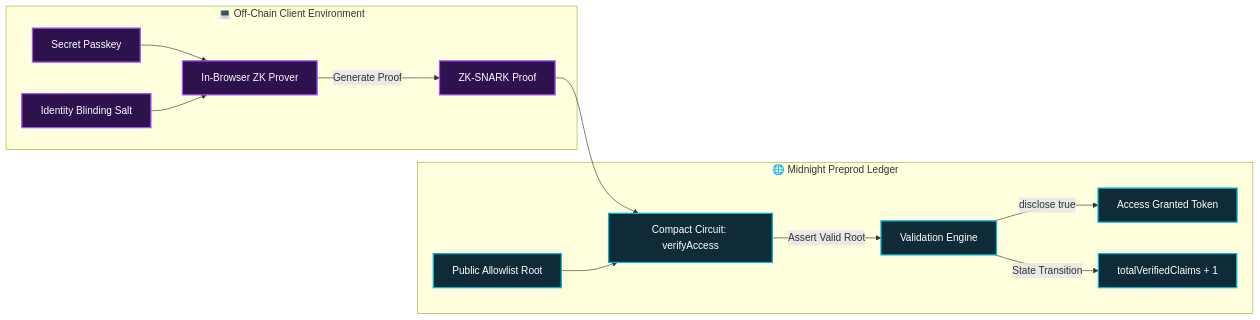
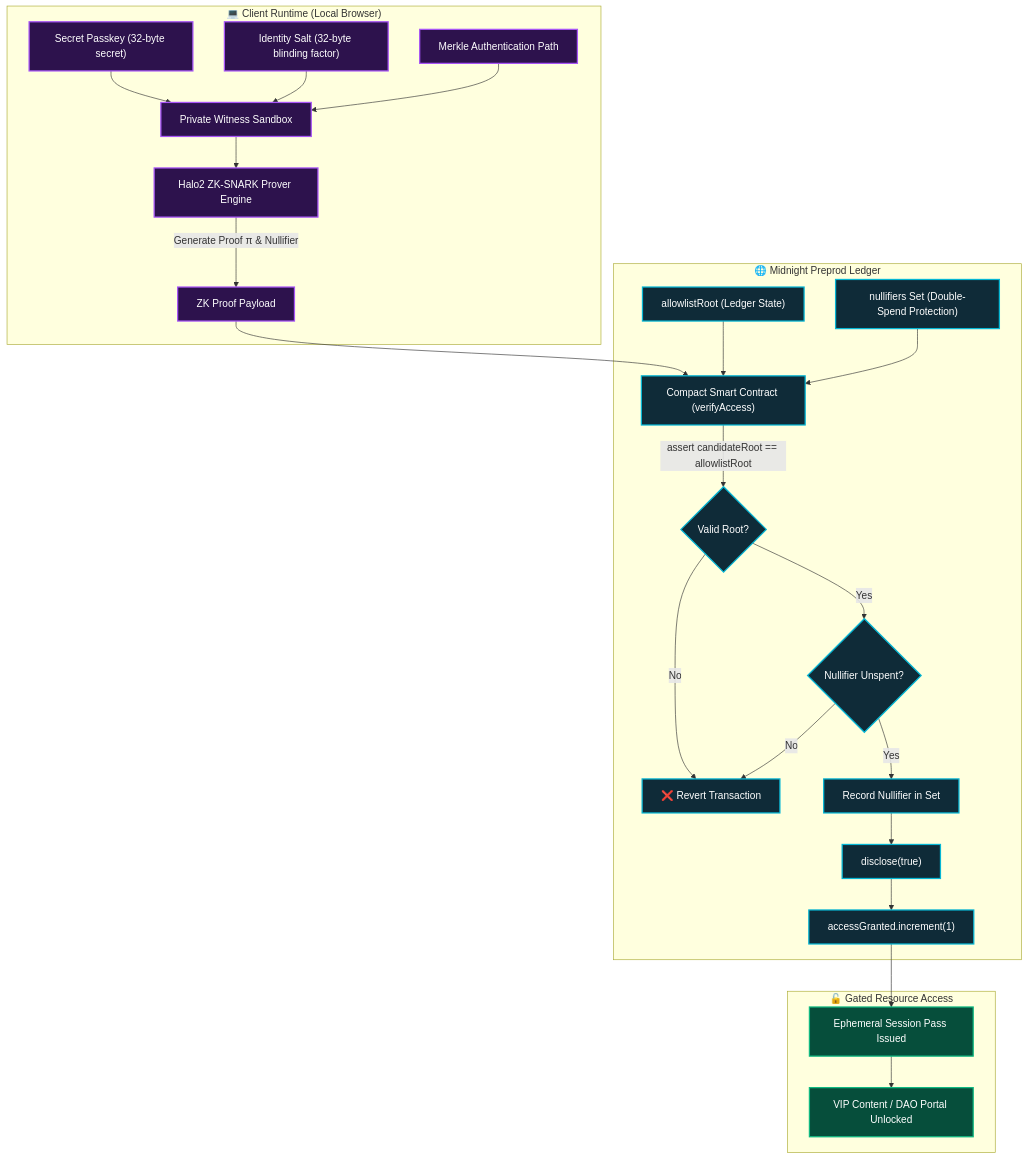
One commit to mausikta05/CipherPass changed the first of 2 diagrams in PROPOSAL.md. Above: the diagram before and after it, drawn with Mermaid. The commit also changed other lines of this file and 5 other files, not shown here.

````diff
--- a/PROPOSAL.md
+++ b/PROPOSAL.md
@@ -44,21 +72,37 @@
 ```mermaid
-flowchart LR
-    subgraph Client [💻 Off-Chain Client Environment]
-        W1[Secret Passkey] --> ZK[In-Browser ZK Prover]
-        W2[Identity Blinding Salt] --> ZK
-        ZK -->|Generate Proof| P[ZK-SNARK Proof]
+flowchart TD
+    subgraph Client ["💻 Client Runtime (Local Browser)"]
+        W1["Secret Passkey (32-byte secret)"] --> WIT["Private Witness Sandbox"]
+        W2["Identity Salt (32-byte blinding factor)"] --> WIT
+        W3["Merkle Authentication Path"] --> WIT
+        WIT --> ZKP["Halo2 ZK-SNARK Prover Engine"]
+        ZKP -->|"Generate Proof π & Nullifier"| PROOF["ZK Proof Payload"]
     end
 
-    subgraph Midnight [🌐 Midnight Preprod Ledger]
-        P --> C[Compact Circuit: verifyAccess]
-        R[Public Allowlist Root] --> C
-        C -->|Assert Valid Root| V[Validation Engine]
-        V -->|disclose true| O[Access Granted Token]
-        V -->|State Transition| S[totalVerifiedClaims + 1]
+    subgraph Ledger ["🌐 Midnight Preprod Ledger"]
+        PROOF --> COMPACT["Compact Smart Contract (verifyAccess)"]
+        ROOT["allowlistRoot (Ledger State)"] --> COMPACT
+        NULLS["nullifiers Set (Double-Spend Protection)"] --> COMPACT
+        
+        COMPACT -->|"assert candidateRoot == allowlistRoot"| V1{"Valid Root?"}
+        V1 -->|No| REJECT["❌ Revert Transaction"]
+        V1 -->|Yes| V2{"Nullifier Unspent?"}
+        V2 -->|No| REJECT
+        V2 -->|Yes| COMMIT["Record Nullifier in Set"]
+        
+        COMMIT --> DISCLOSE["disclose(true)"]
+        DISCLOSE --> COUNTER["accessGranted.increment(1)"]
+    end
+
+    subgraph Portal ["🔓 Gated Resource Access"]
+        COUNTER --> UNLOCK["Ephemeral Session Pass Issued"]
+        UNLOCK --> VAULT["VIP Content / DAO Portal Unlocked"]
     end
 
     classDef private fill:#2d124d,stroke:#a855f7,stroke-width:2px,color:#fff;
     classDef public fill:#0f2b38,stroke:#06b6d4,stroke-width:2px,color:#fff;
-    class W1,W2,ZK,P private;
-    class C,R,V,O,S public;
+    classDef action fill:#064e3b,stroke:#10b981,stroke-width:2px,color:#fff;
+    class W1,W2,W3,WIT,ZKP,PROOF private;
+    class COMPACT,ROOT,NULLS,V1,V2,REJECT,COMMIT,DISCLOSE,COUNTER public;
+    class UNLOCK,VAULT action;
 ```
````
